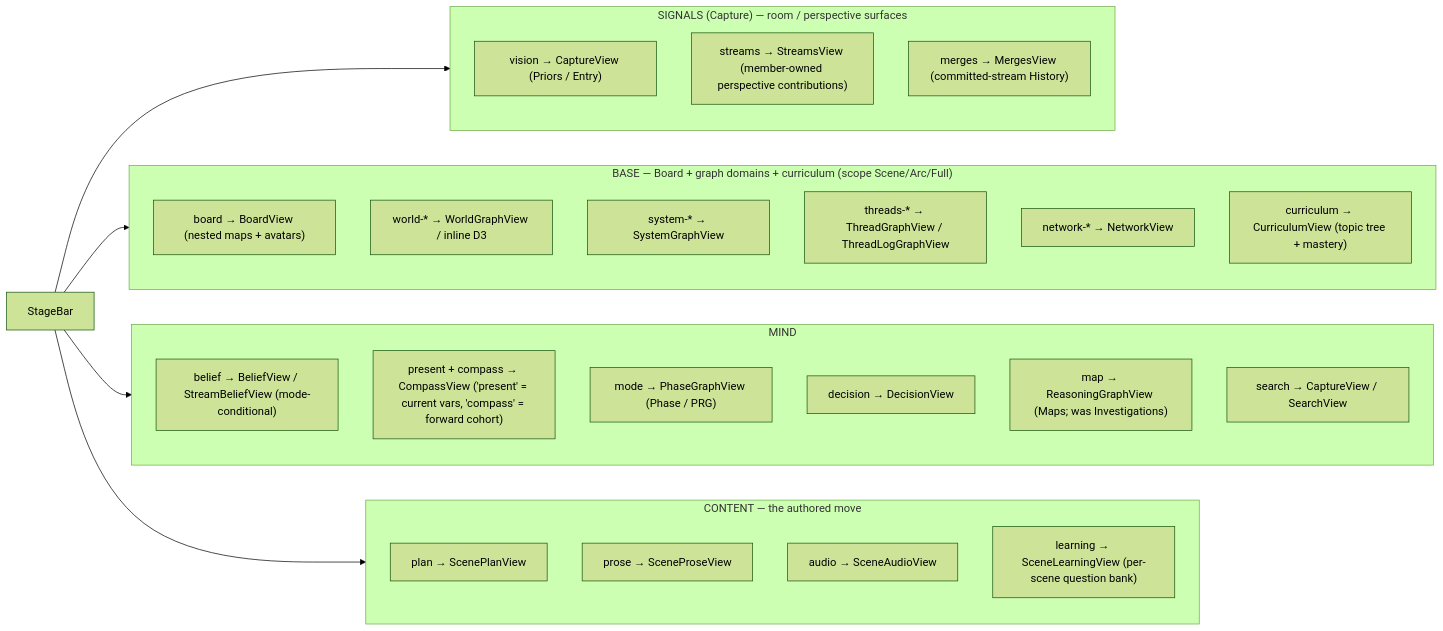
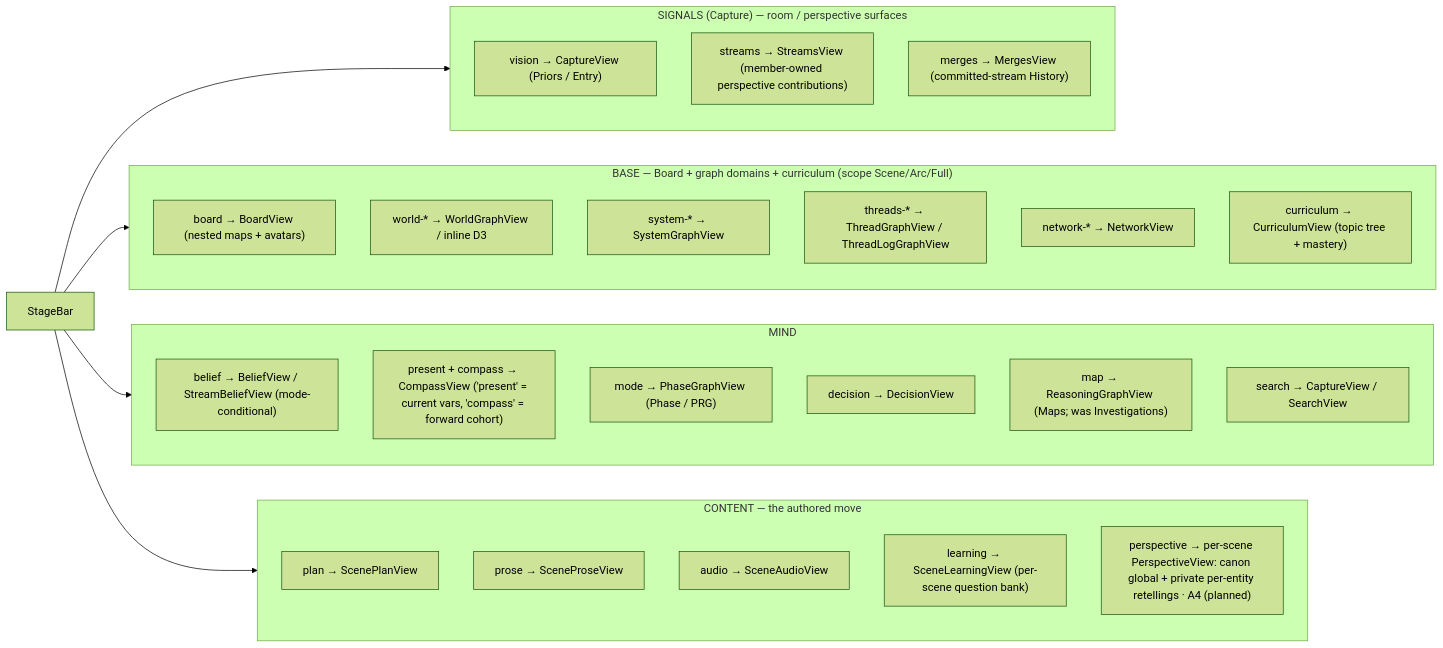
One commit to jasonyu0100/meridians changed the third of 8 diagrams in MERMAID.md. Above: the diagram before and after it, drawn with Mermaid (forest theme). The commit also changed other lines of this file and 1 other file, not shown here.

````diff
--- a/MERMAID.md
+++ b/MERMAID.md
@@ -63,33 +63,34 @@
 ```mermaid
 flowchart LR
     CTB["StageBar"]
     CTB --> Signals & Base & Mind & Content
 
     subgraph Signals["SIGNALS (Capture) — room / perspective surfaces"]
         d1["vision → CaptureView (Priors / Entry)"]
         d2["streams → StreamsView (member-owned perspective contributions)"]
         d3["merges → MergesView (committed-stream History)"]
     end
     subgraph Base["BASE — Board + graph domains + curriculum (scope Scene/Arc/Full)"]
         b1["board → BoardView (nested maps + avatars)"]
         g1["world-* → WorldGraphView / inline D3"]
         g2["system-* → SystemGraphView"]
         g3["threads-* → ThreadGraphView / ThreadLogGraphView"]
         g4["network-* → NetworkView"]
         g5["curriculum → CurriculumView (topic tree + mastery)"]
     end
     subgraph Mind["MIND"]
         c1["belief → BeliefView / StreamBeliefView (mode-conditional)"]
         c2["present + compass → CompassView ('present' = current vars, 'compass' = forward cohort)"]
         c3["mode → PhaseGraphView (Phase / PRG)"]
         c4["decision → DecisionView"]
         c5["map → ReasoningGraphView (Maps; was Investigations)"]
         c6["search → CaptureView / SearchView"]
     end
     subgraph Content["CONTENT — the authored move"]
         s1["plan → ScenePlanView"]
         s2["prose → SceneProseView"]
         s3["audio → SceneAudioView"]
         s4["learning → SceneLearningView (per-scene question bank)"]
+        s5["perspective → per-scene PerspectiveView: canon global + private per-entity retellings · A4 (planned)"]
     end
 ```
````
